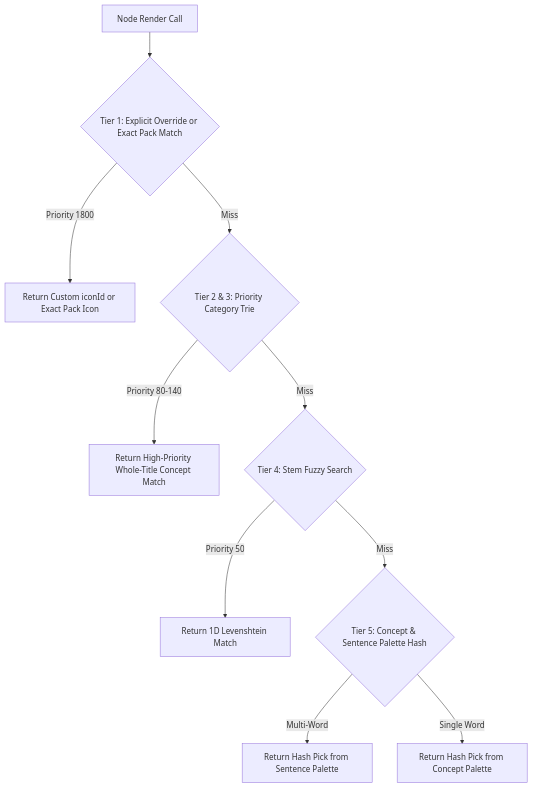
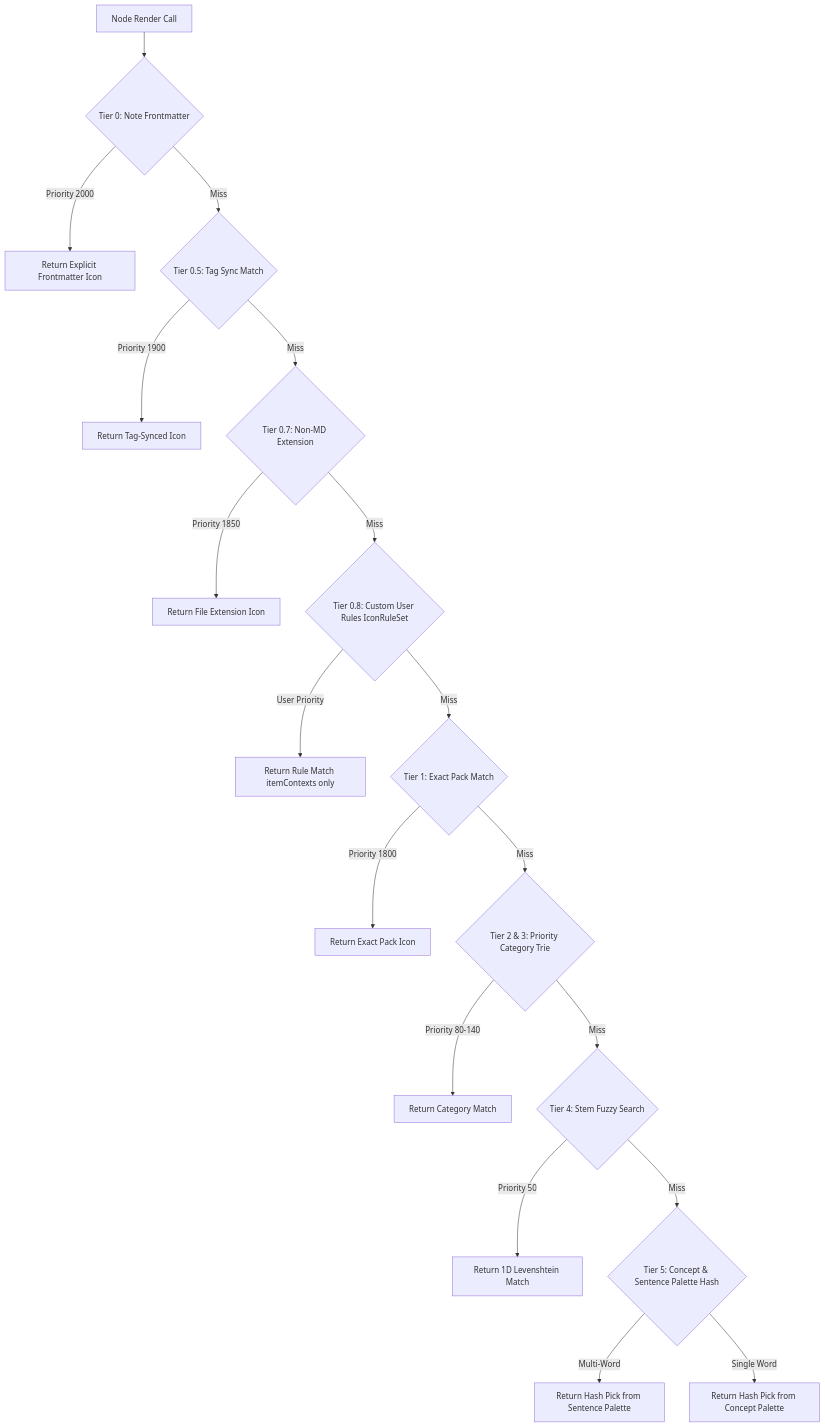
The second of 2 diagrams in docs/architecture/CODEBASE_GUIDE.md (RohitNahar-Offical/colorful-folders-obsidian), drawn with Mermaid before and after one commit. The commit also changed other lines of this file and 6 other files, not shown here.

Commit message:
docs: document IconRuleSet engine, scope isolation, and Incident #42

````diff
--- a/docs/architecture/CODEBASE_GUIDE.md
+++ b/docs/architecture/CODEBASE_GUIDE.md
@@ -143,12 +144,20 @@
 ```mermaid
 flowchart TD
-    A[Node Render Call] --> T1{Tier 1: Explicit Override or Exact Pack Match}
-    T1 -- Priority 1800 --> B[Return Custom iconId or Exact Pack Icon]
+    A[Node Render Call] --> T0{Tier 0: Note Frontmatter}
+    T0 -- Priority 2000 --> B0[Return Explicit Frontmatter Icon]
+    T0 -- Miss --> T05{Tier 0.5: Tag Sync Match}
+    T05 -- Priority 1900 --> B05[Return Tag-Synced Icon]
+    T05 -- Miss --> T07{Tier 0.7: Non-MD Extension}
+    T07 -- Priority 1850 --> B07[Return File Extension Icon]
+    T07 -- Miss --> T08{Tier 0.8: Custom User Rules IconRuleSet}
+    T08 -- User Priority --> B08[Return Rule Match itemContexts only]
+    T08 -- Miss --> T1{Tier 1: Exact Pack Match}
+    T1 -- Priority 1800 --> B1[Return Exact Pack Icon]
     T1 -- Miss --> T2{Tier 2 & 3: Priority Category Trie}
-    T2 -- Priority 80-140 --> C[Return High-Priority Whole-Title Concept Match]
-    T2 -- Miss --> T3{Tier 4: Stem Fuzzy Search}
-    T3 -- Priority 50 --> D[Return 1D Levenshtein Match]
-    T3 -- Miss --> T4{Tier 5: Concept & Sentence Palette Hash}
-    T4 -- Multi-Word --> E[Return Hash Pick from Sentence Palette]
-    T4 -- Single Word --> F[Return Hash Pick from Concept Palette]
+    T2 -- Priority 80-140 --> C[Return Category Match]
+    T2 -- Miss --> T4{Tier 4: Stem Fuzzy Search}
+    T4 -- Priority 50 --> D[Return 1D Levenshtein Match]
+    T4 -- Miss --> T5{Tier 5: Concept & Sentence Palette Hash}
+    T5 -- Multi-Word --> E[Return Hash Pick from Sentence Palette]
+    T5 -- Single Word --> F[Return Hash Pick from Concept Palette]
 ```
````
